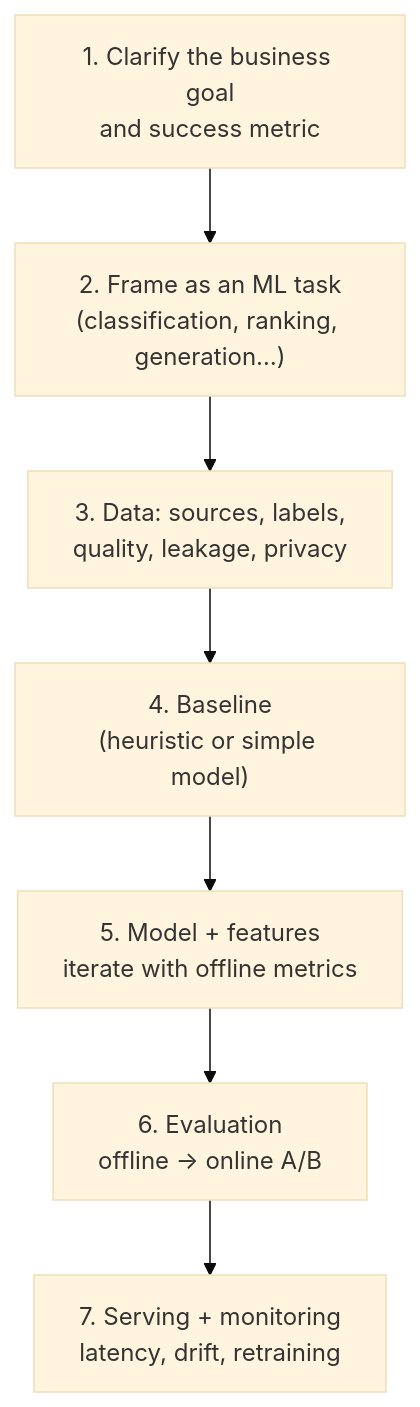
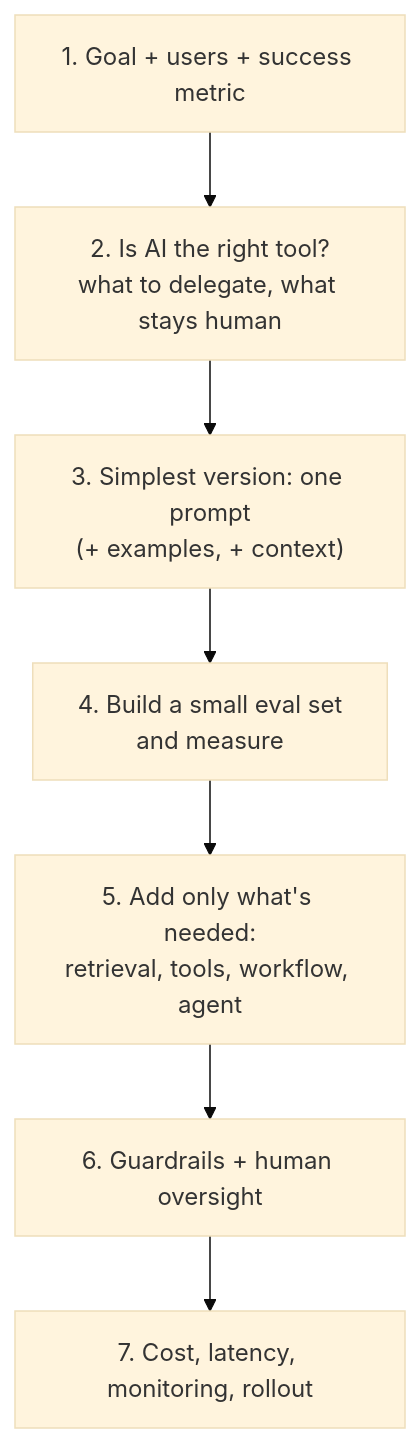
Before and after one commit to AkshayAshokCode/AI-Interview-Questions-cheat-sheet: the diagram in topics/01-ai-interviews-overview.md, drawn with Mermaid (base theme). The commit also changed other lines of this file and 44 other files, not shown here.

First line of the commit message:
Refocus the AI track on using AI: fluency, prompting, context, tools, MCP, RAG, agents, coding assistants, evals, guardrails, efficiency

````diff
--- a/topics/01-ai-interviews-overview.md
+++ b/topics/01-ai-interviews-overview.md
@@ -63,9 +60,9 @@
 ```mermaid
 flowchart TD
-    P["1. Clarify the business goal<br/>and success metric"] --> F["2. Frame as an ML task<br/>(classification, ranking, generation…)"]
-    F --> D["3. Data: sources, labels,<br/>quality, leakage, privacy"]
-    D --> B["4. Baseline<br/>(heuristic or simple model)"]
-    B --> M["5. Model + features<br/>iterate with offline metrics"]
-    M --> E["6. Evaluation<br/>offline → online A/B"]
-    E --> S["7. Serving + monitoring<br/>latency, drift, retraining"]
+    G["1. Goal + users + success metric"] --> F["2. Is AI the right tool?<br/>what to delegate, what stays human"]
+    F --> S["3. Simplest version: one prompt<br/>(+ examples, + context)"]
+    S --> E["4. Build a small eval set<br/>and measure"]
+    E --> A["5. Add only what's needed:<br/>retrieval, tools, workflow, agent"]
+    A --> GR["6. Guardrails + human oversight"]
+    GR --> C["7. Cost, latency, monitoring, rollout"]
 ```
````
